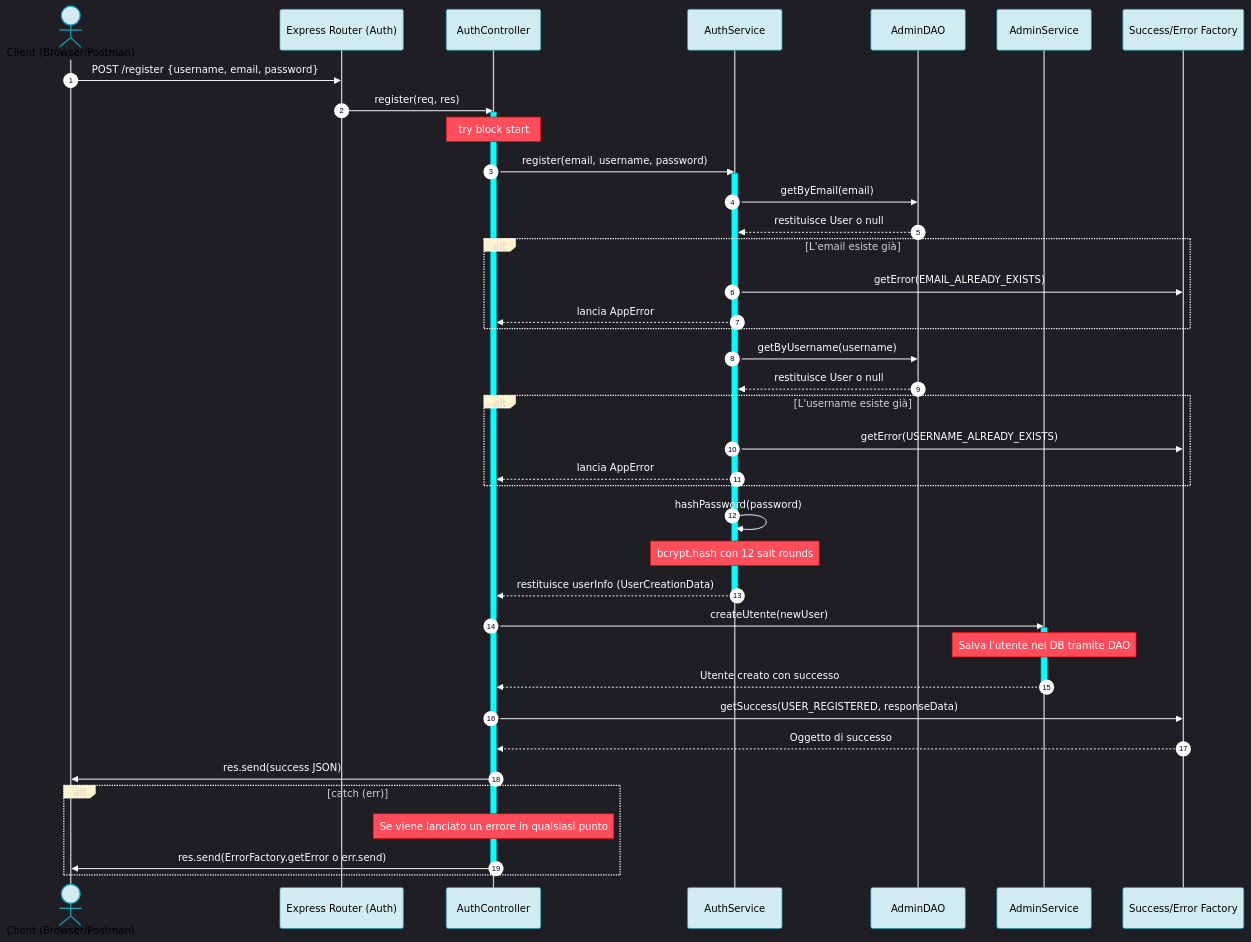
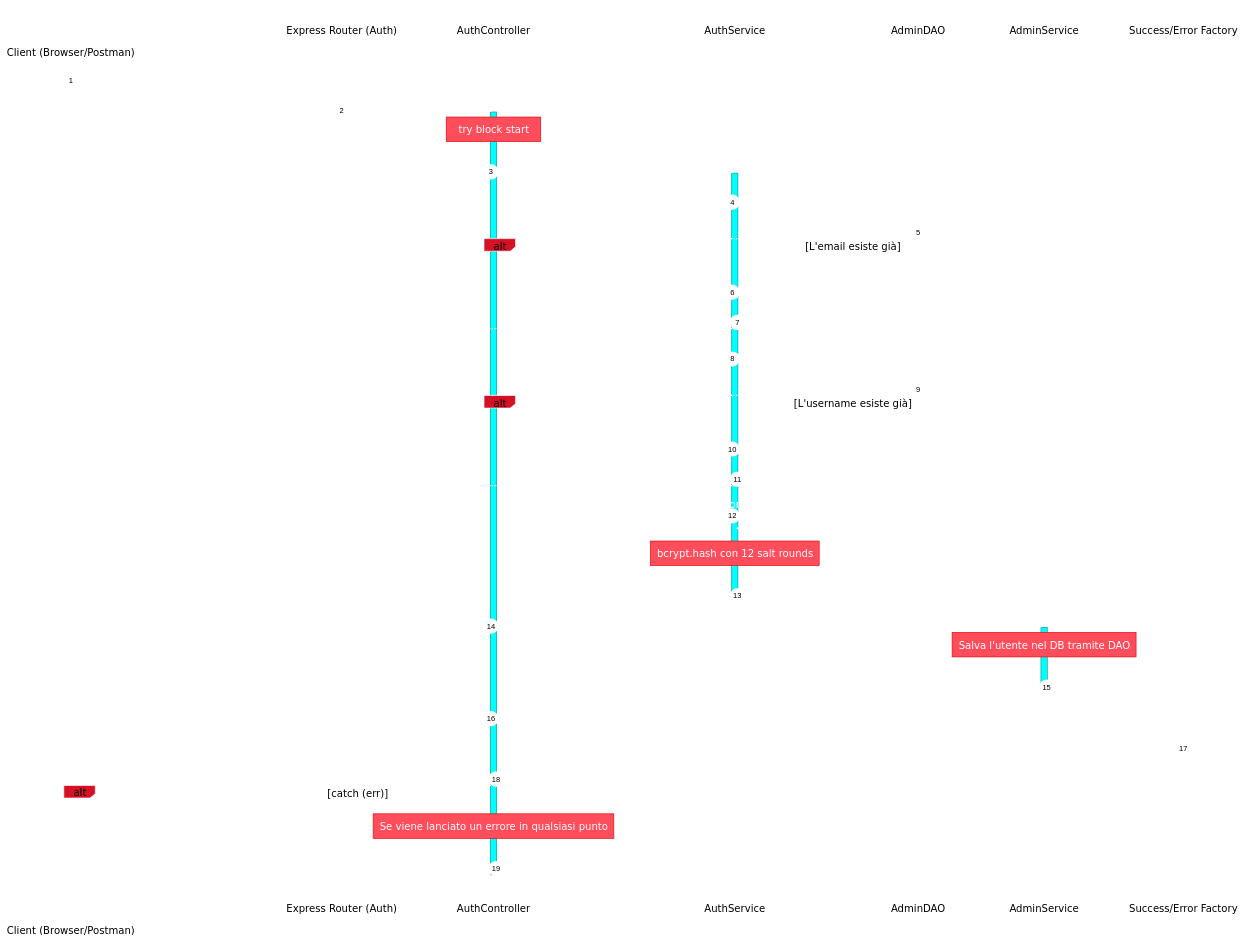
Before and after one commit to Barca2002/Progetto-Programmazione-avanzata: the first of 2 diagrams in README.md, drawn with Mermaid. The commit also changed other lines of this file and 1 other file, not shown here.

Commit message:
Test README

```diff
--- a/README.md
+++ b/README.md
@@ -147,10 +150,11 @@
 config:
     theme: base
     themeVariables:
-        background: '#ffffff'
+        lineColor: '#ffffff'
         actorBkg: '#ffffff'
         actorTextColor: '#000000'
-        actorBorder: '#ff0019'
+        actorLineColor: '#ffffff'
+        actorBorder: '#ffffff'
         labelBoxBkgColor: '#d61125'
         labelBoxBorderColor: '#ffffff'
         signalColor: '#ffffff'
@@ -161,15 +165,6 @@
         activationBkgColor: '#00ffff'
         activationBorderColor: '#009494'        
 ---
-%%{init: { 'theme': 'dark',
- 'themeVariables': { 
-    'actorBkg': '#d1ecf1', 
-    'actorBorder': '#17a2b8',
-    'labelBoxBkgColor': '#fff3cd',
-    'lineColor': '#6c757d', 
-    'signalTextColor': '#ffffff', 
-    'canvasBackground': '#ffffff' 
-    }}}%%
 sequenceDiagram
     autonumber
     actor Utente as Client (Browser/Postman)
```
